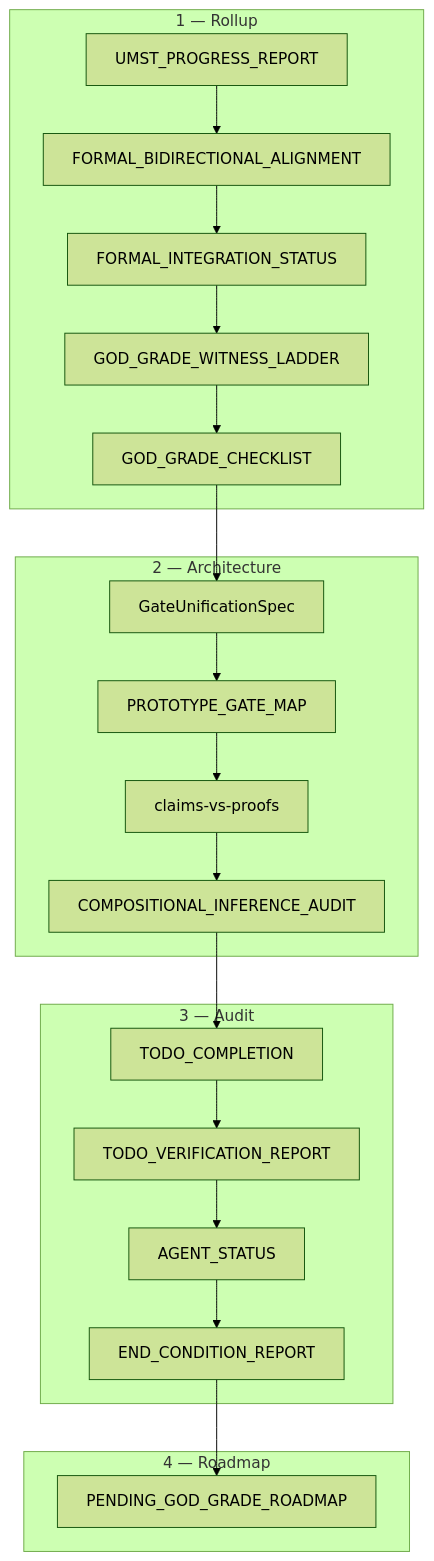
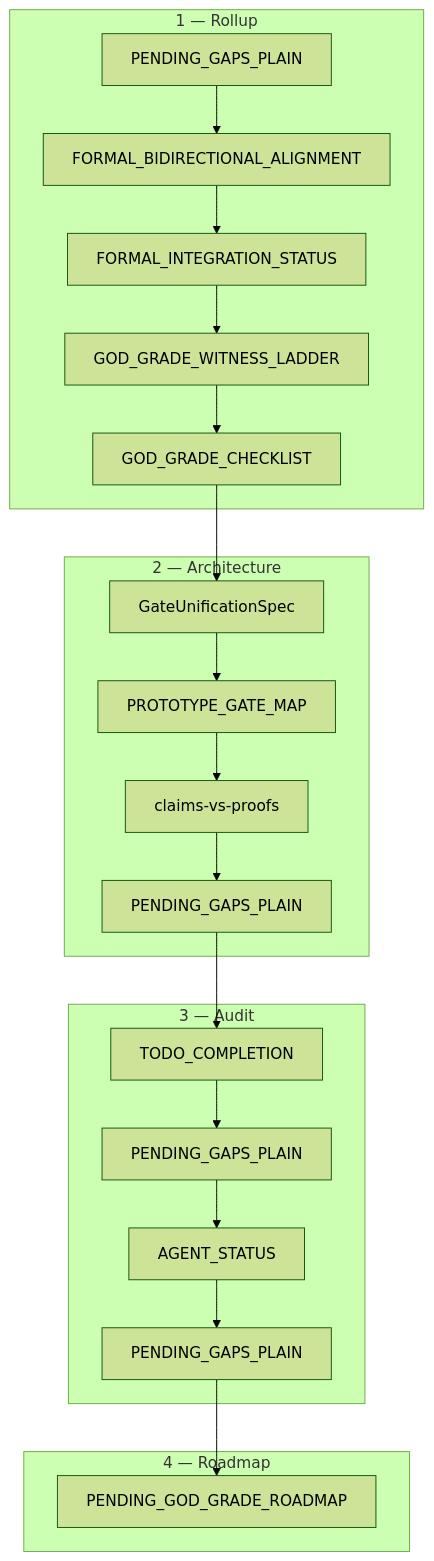
Before and after one commit to tytolabs/umst-manifold: the diagram in docs/README.md, drawn with Mermaid (forest theme). The commit also changed other lines of this file and 43 other files, not shown here.

````diff
--- a/docs/README.md
+++ b/docs/README.md
@@ -93,29 +93,29 @@
 ```mermaid
 flowchart TB
   subgraph rollup["1 — Rollup"]
-    U[UMST_PROGRESS_REPORT]
+    U[PENDING_GAPS_PLAIN]
     F[FORMAL_BIDIRECTIONAL_ALIGNMENT]
     I[FORMAL_INTEGRATION_STATUS]
     L[GOD_GRADE_WITNESS_LADDER]
     C[GOD_GRADE_CHECKLIST]
   end
   subgraph arch["2 — Architecture"]
     G[GateUnificationSpec]
     P[PROTOTYPE_GATE_MAP]
     X[claims-vs-proofs]
-    CI[COMPOSITIONAL_INFERENCE_AUDIT]
+    CI[PENDING_GAPS_PLAIN]
   end
   subgraph audit["3 — Audit"]
     T[TODO_COMPLETION]
-    TV[TODO_VERIFICATION_REPORT]
+    TV[PENDING_GAPS_PLAIN]
     A[AGENT_STATUS]
-    E[END_CONDITION_REPORT]
+    E[PENDING_GAPS_PLAIN]
   end
   subgraph road["4 — Roadmap"]
     R[PENDING_GOD_GRADE_ROADMAP]
   end
   U --> F --> I --> L --> C
   C --> G --> P --> X --> CI
   CI --> T --> TV --> A --> E
   E --> R
 ```
````
